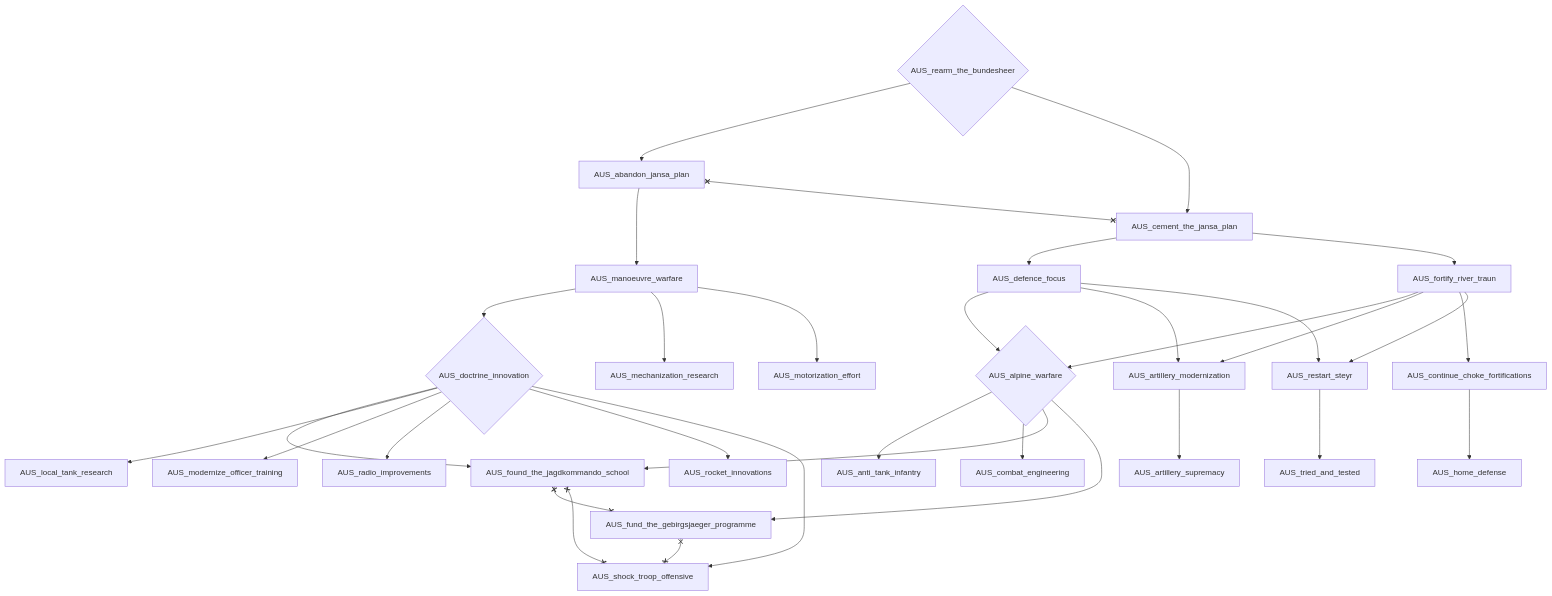
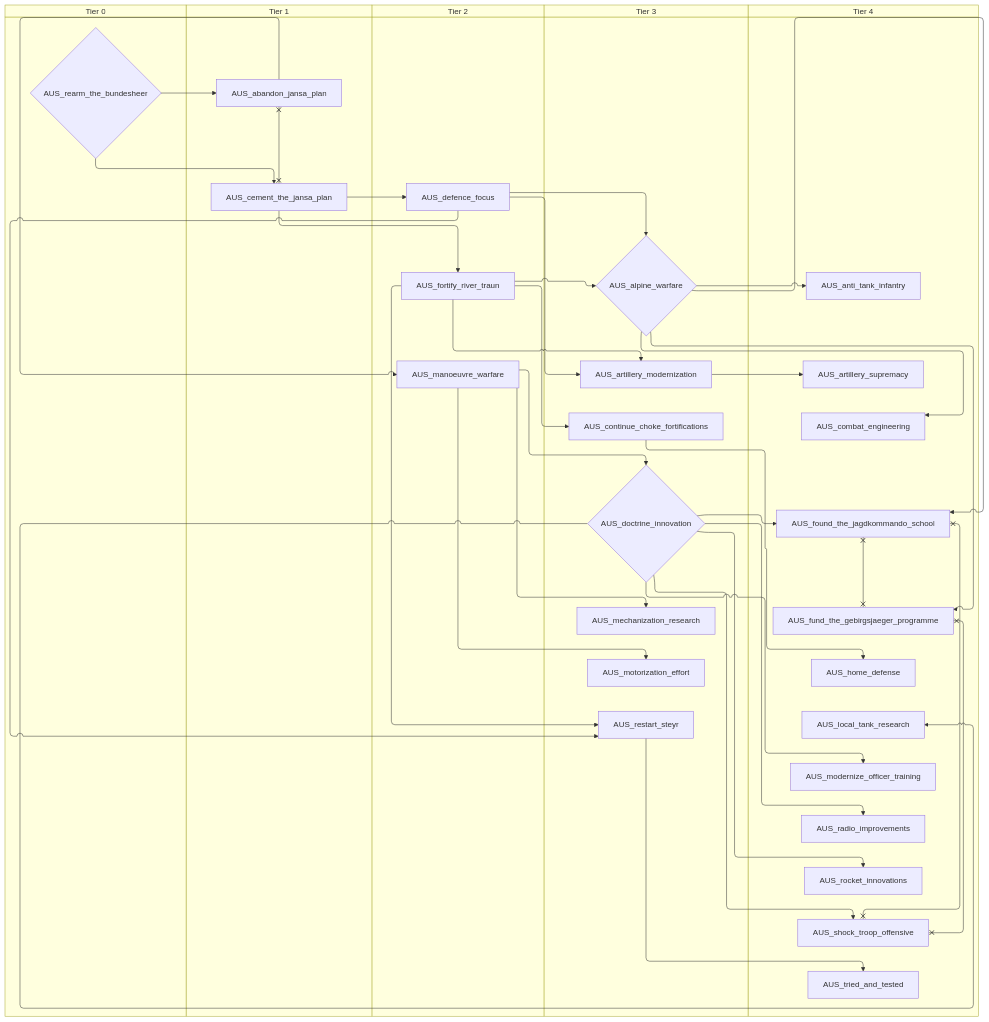
One commit to evgeny-sobol/hoi4-sandbox-mode-r56 changed the fourth of 5 diagrams in docs/gdd/National Focuses/r56/r56_austria.md. Above: the diagram before and after it, drawn with Mermaid. The commit also changed other lines of this file and 423 other files, not shown here.

First line of the commit message:
Re-export Rt56 focus trees as swimlane diagrams

````diff
--- a/docs/gdd/National Focuses/r56/r56_austria.md
+++ b/docs/gdd/National Focuses/r56/r56_austria.md
@@ -719,60 +777,70 @@
 ```mermaid
-flowchart TD
-    n266["AUS_abandon_jansa_plan"]
-    n267{"AUS_alpine_warfare"}
-    n268["AUS_anti_tank_infantry"]
-    n269["AUS_artillery_modernization"]
-    n270["AUS_artillery_supremacy"]
-    n271["AUS_cement_the_jansa_plan"]
-    n272["AUS_combat_engineering"]
-    n273["AUS_continue_choke_fortifications"]
-    n274["AUS_defence_focus"]
-    n275{"AUS_doctrine_innovation"}
-    n276["AUS_fortify_river_traun"]
-    n277["AUS_found_the_jagdkommando_school"]
-    n278["AUS_fund_the_gebirgsjaeger_programme"]
-    n279["AUS_home_defense"]
-    n280["AUS_local_tank_research"]
-    n281["AUS_manoeuvre_warfare"]
-    n282["AUS_mechanization_research"]
-    n283["AUS_modernize_officer_training"]
-    n284["AUS_motorization_effort"]
-    n285["AUS_radio_improvements"]
-    n286{"AUS_rearm_the_bundesheer"}
-    n287["AUS_restart_steyr"]
-    n288["AUS_rocket_innovations"]
-    n289["AUS_shock_troop_offensive"]
-    n290["AUS_tried_and_tested"]
-    n286 --> n266
-    n276 --> n267
-    n274 --> n267
-    n267 --> n268
-    n276 --> n269
-    n274 --> n269
-    n269 --> n270
-    n286 --> n271
-    n267 --> n272
-    n276 --> n273
-    n271 --> n274
-    n281 --> n275
+swimlane-beta TD
+    subgraph tier_0["Tier 0"]
+        n266{"AUS_rearm_the_bundesheer"}
+    end
+    subgraph tier_1["Tier 1"]
+        n267["AUS_abandon_jansa_plan"]
+        n268["AUS_cement_the_jansa_plan"]
+    end
+    subgraph tier_2["Tier 2"]
+        n269["AUS_defence_focus"]
+        n270["AUS_fortify_river_traun"]
+        n271["AUS_manoeuvre_warfare"]
+    end
+    subgraph tier_3["Tier 3"]
+        n272{"AUS_alpine_warfare"}
+        n273["AUS_artillery_modernization"]
+        n274["AUS_continue_choke_fortifications"]
+        n275{"AUS_doctrine_innovation"}
+        n276["AUS_mechanization_research"]
+        n277["AUS_motorization_effort"]
+        n278["AUS_restart_steyr"]
+    end
+    subgraph tier_4["Tier 4"]
+        n279["AUS_anti_tank_infantry"]
+        n280["AUS_artillery_supremacy"]
+        n281["AUS_combat_engineering"]
+        n282["AUS_found_the_jagdkommando_school"]
+        n283["AUS_fund_the_gebirgsjaeger_programme"]
+        n284["AUS_home_defense"]
+        n285["AUS_local_tank_research"]
+        n286["AUS_modernize_officer_training"]
+        n287["AUS_radio_improvements"]
+        n288["AUS_rocket_innovations"]
+        n289["AUS_shock_troop_offensive"]
+        n290["AUS_tried_and_tested"]
+    end
+    n266 --> n267
+    n270 --> n272
+    n269 --> n272
+    n272 --> n279
+    n270 --> n273
+    n269 --> n273
+    n273 --> n280
+    n266 --> n268
+    n272 --> n281
+    n270 --> n274
+    n268 --> n269
+    n271 --> n275
+    n268 --> n270
+    n275 --> n282
+    n272 --> n282
+    n272 --> n283
+    n274 --> n284
+    n275 --> n285
+    n267 --> n271
     n271 --> n276
-    n275 --> n277
-    n267 --> n277
-    n267 --> n278
-    n273 --> n279
-    n275 --> n280
-    n266 --> n281
-    n281 --> n282
-    n275 --> n283
-    n281 --> n284
-    n275 --> n285
-    n276 --> n287
-    n274 --> n287
+    n275 --> n286
+    n271 --> n277
+    n275 --> n287
+    n270 --> n278
+    n269 --> n278
     n275 --> n288
     n275 --> n289
-    n287 --> n290
-    n266 x--x n271
-    n277 x--x n278
-    n277 x--x n289
-    n278 x--x n289
+    n278 --> n290
+    n267 x--x n268
+    n282 x--x n283
+    n282 x--x n289
+    n283 x--x n289
 ```
````
